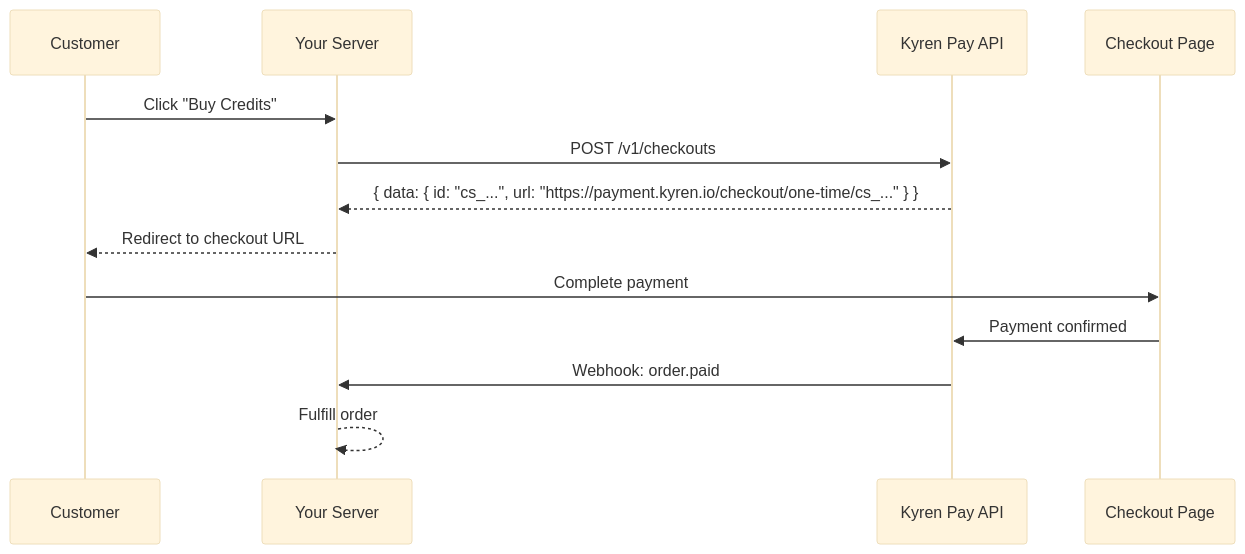
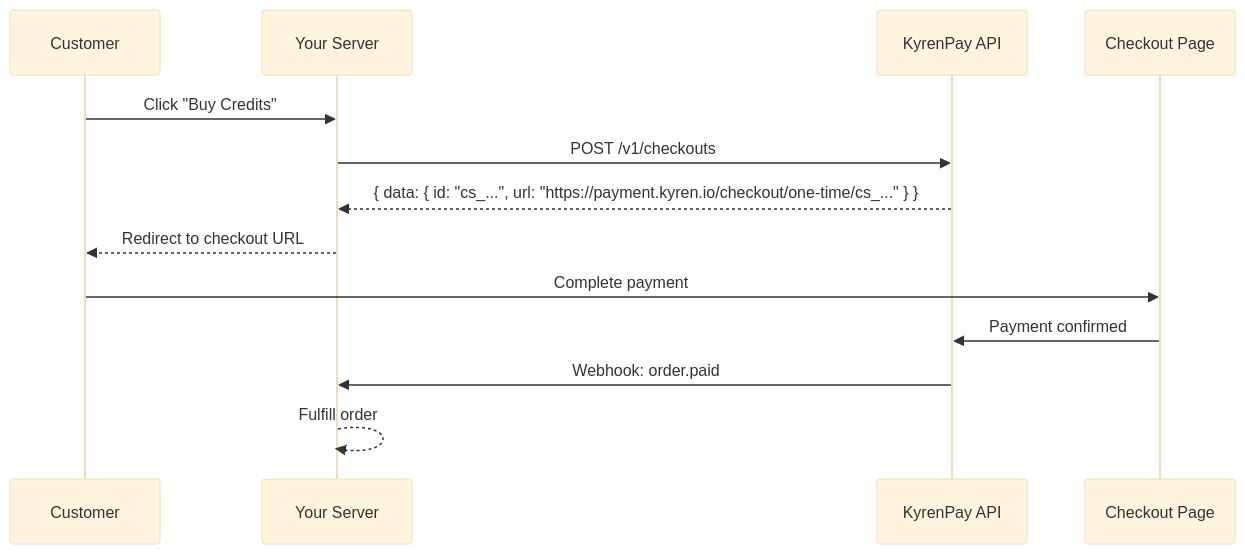
The diagram in guides/collect-first-payment.mdx (kyren-network/mintlify-docs), drawn with Mermaid (base theme) before and after one commit. The commit also changed other lines of this file and 160 other files, not shown here.

Commit message:
docs: align KyrenPay branding and improve multilingual SEO

````diff
--- a/guides/collect-first-payment.mdx
+++ b/guides/collect-first-payment.mdx
@@ -24,16 +25,16 @@
 ```mermaid
 sequenceDiagram
     participant Customer
     participant YourServer as Your Server
-    participant KyrenPay as Kyren Pay API
+    participant KyrenPay as KyrenPay API
     participant Checkout as Checkout Page
 
     Customer->>YourServer: Click "Buy Credits"
     YourServer->>KyrenPay: POST /v1/checkouts
     KyrenPay-->>YourServer: { data: { id: "cs_...", url: "https://payment.kyren.io/checkout/one-time/cs_..." } }
     YourServer-->>Customer: Redirect to checkout URL
     Customer->>Checkout: Complete payment
     Checkout->>KyrenPay: Payment confirmed
     KyrenPay->>YourServer: Webhook: order.paid
     YourServer-->>YourServer: Fulfill order
 ```
````
